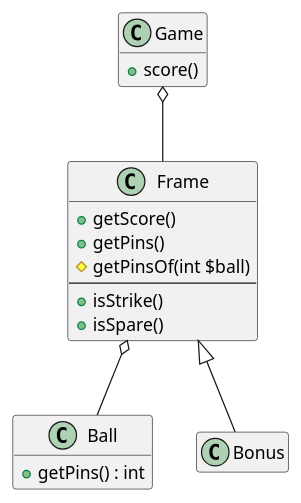
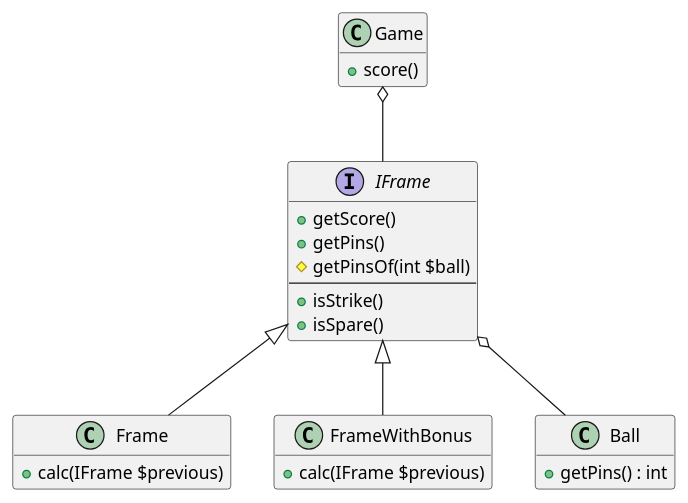
Before and after one commit to yokenzan/tdd_excercise.bowling_game: the diagram in doc/class_diagram.pu, drawn with PlantUML.

Commit message:
Update class diagram

```diff
--- a/doc/class_diagram.pu
+++ b/doc/class_diagram.pu
@@ -1,33 +1,40 @@
 @startuml
 
 hide empty members
 skinparam shadowing    false
 skinparam packageStyle rect
 
 
 class "Game" as game {
     +score()
 }
 
-class "Frame" as frame {
+
+interface "IFrame" as iframe {
     +getScore()
     +getPins()
     #getPinsOf(int $ball)
     --
     +isStrike()
     +isSpare()
 }
 
+class "Frame" as frame {
+    +calc(IFrame $previous)
+}
+class "FrameWithBonus" as frame_with_bonus {
+    +calc(IFrame $previous)
+}
+
 class "Ball" as ball {
     +getPins() : int
 }
 
-class "Bonus" as bonus {
-}
 
-game  o--  frame
-frame <|-- bonus
-frame o--  ball
+game   o--  iframe
+iframe <|-- frame
+iframe <|-- frame_with_bonus
+iframe o--  ball
 
 
 @enduml
```
